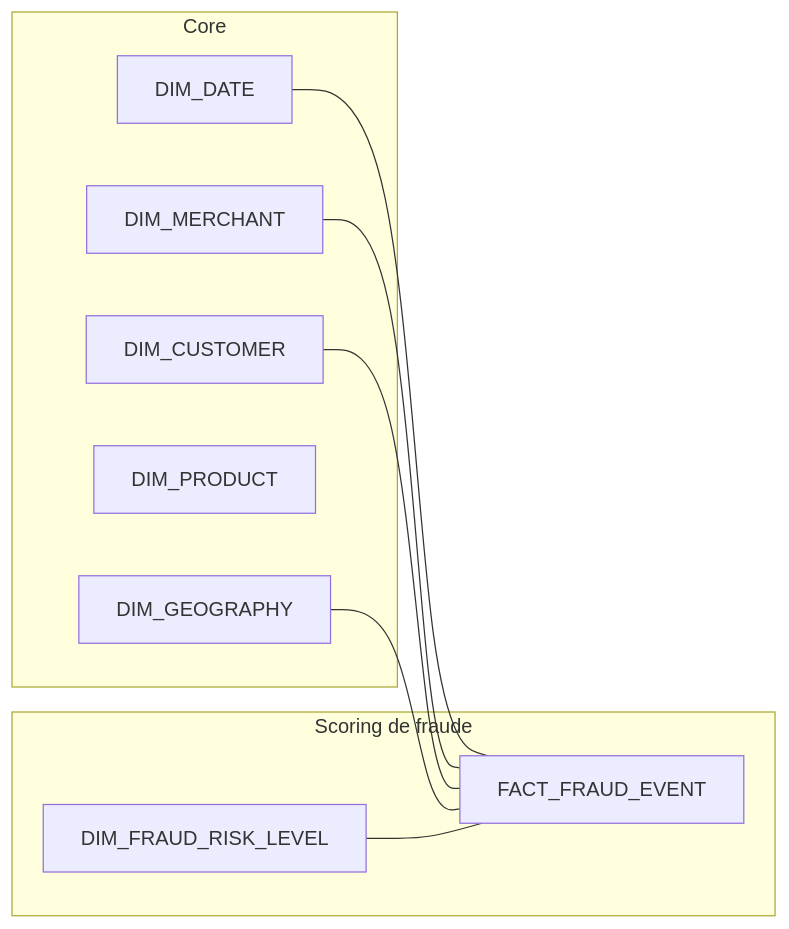
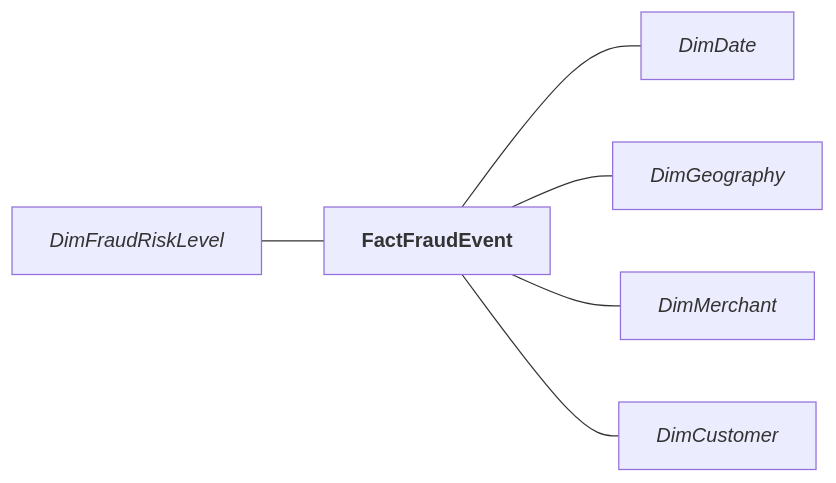
The diagram in sources/diagrams/stripe-project--d1-data-architecture--diagram-5-2--analytics-model-2.md (nicolaspichon-git/jedha-data-scientist-lead-bloc2--stripe-project), drawn with Mermaid before and after one commit. The commit also changed other lines of this file and 33 other files, not shown here.

````diff
--- a/sources/diagrams/stripe-project--d1-data-architecture--diagram-5-2--analytics-model-2.md
+++ b/sources/diagrams/stripe-project--d1-data-architecture--diagram-5-2--analytics-model-2.md
@@ -17,21 +17,18 @@
 ```mermaid
 flowchart LR
-    subgraph CORE["Core"]
-        DIM_DATE
-        DIM_MERCHANT
-        DIM_CUSTOMER
-        DIM_PRODUCT
-        DIM_GEOGRAPHY
-    end 
-
-    subgraph FRAUD["Scoring de fraude"]
-        FACT_FRAUD_EVENT
-        DIM_FRAUD_RISK_LEVEL
-    end 
+	FACT_FRAUD_EVENT["<b>FactFraudEvent</b>"]
+	DIM_FRAUD_RISK_LEVEL["<i>DimFraudRiskLevel</i>"]
+	
+	DIM_DATE["<i>DimDate</i>"]
+	DIM_GEOGRAPHY["<i>DimGeography</i>"]
+	
+	DIM_CUSTOMER["<i>DimCustomer</i>"]
+	DIM_MERCHANT["<i>DimMerchant</i>"]
+	
+    DIM_FRAUD_RISK_LEVEL --- FACT_FRAUD_EVENT
     
-    DIM_DATE --- FACT_FRAUD_EVENT
-    DIM_MERCHANT --- FACT_FRAUD_EVENT
-    DIM_CUSTOMER --- FACT_FRAUD_EVENT
-    DIM_GEOGRAPHY --- FACT_FRAUD_EVENT
-    DIM_FRAUD_RISK_LEVEL --- FACT_FRAUD_EVENT
+    FACT_FRAUD_EVENT --- DIM_DATE
+    FACT_FRAUD_EVENT --- DIM_GEOGRAPHY
+    FACT_FRAUD_EVENT --- DIM_MERCHANT
+    FACT_FRAUD_EVENT --- DIM_CUSTOMER
 ```
````
